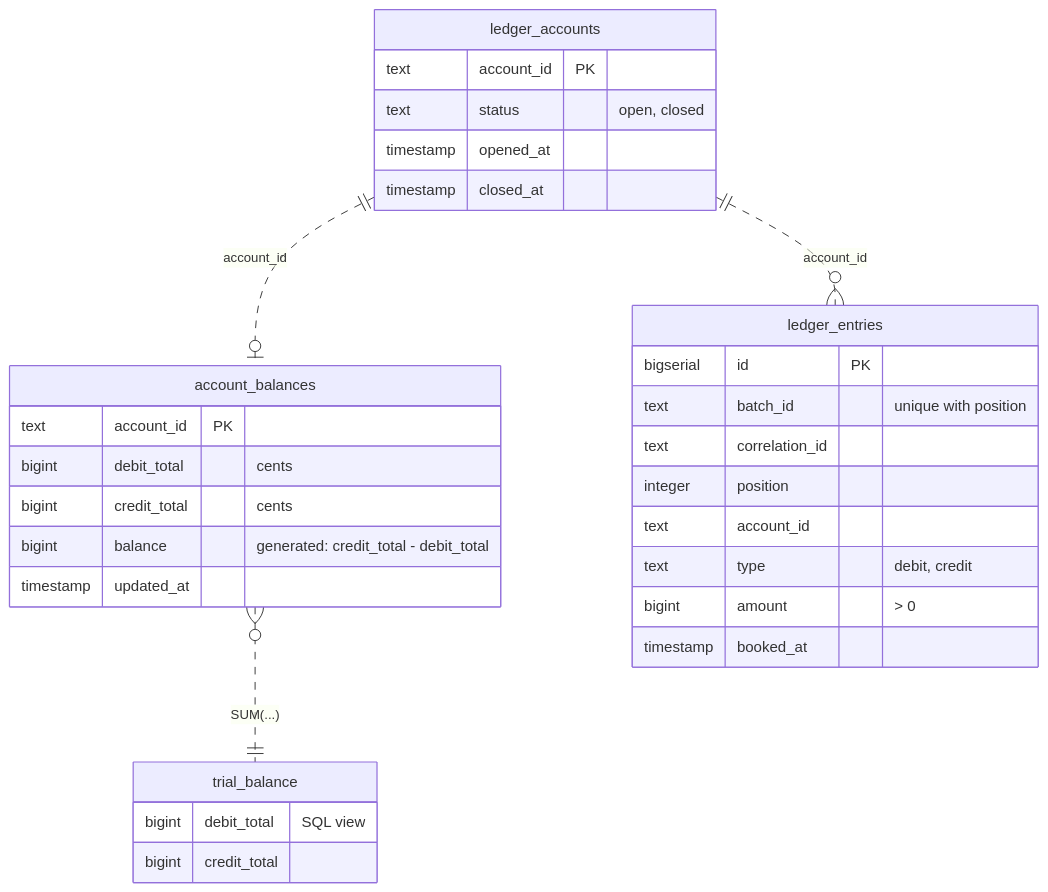
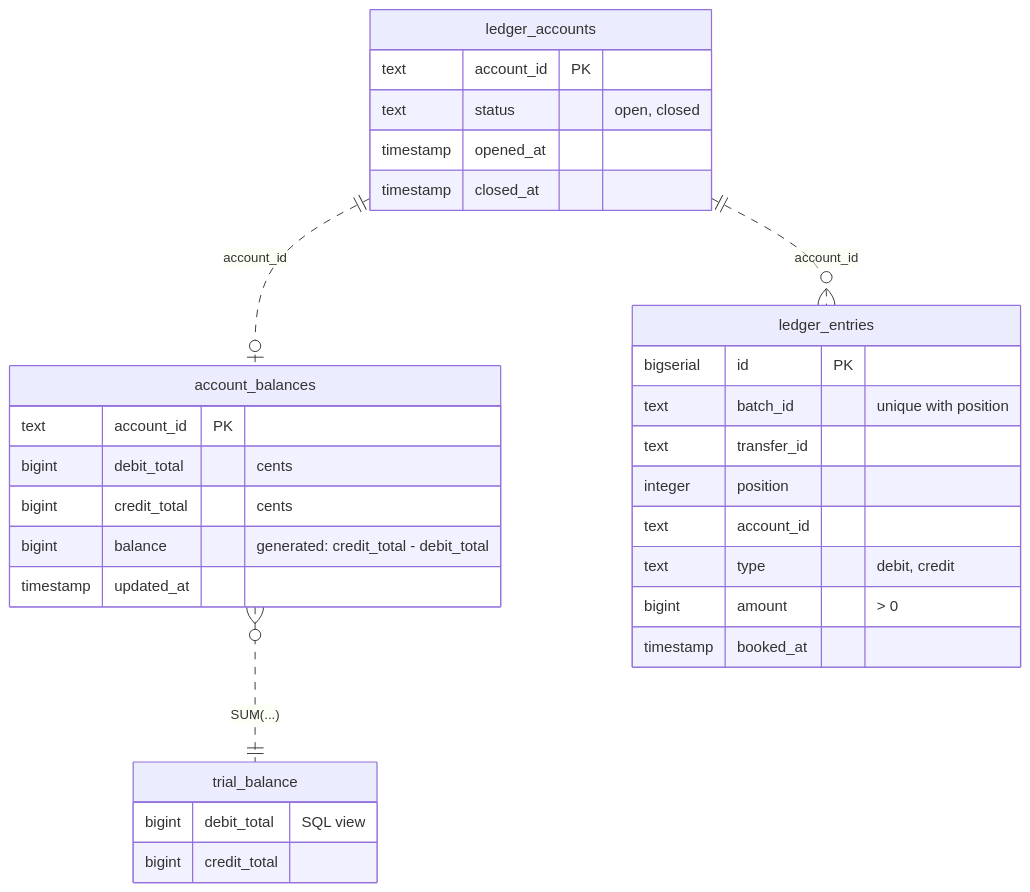
The fourth of 5 diagrams in apps/ledger/README.md (LuanDc/banking), drawn with Mermaid before and after one commit. The commit also changed other lines of this file and 24 other files, not shown here.

````diff
--- a/apps/ledger/README.md
+++ b/apps/ledger/README.md
@@ -247,34 +247,34 @@
 ```mermaid
 erDiagram
     ledger_accounts ||..o| account_balances : "account_id"
     ledger_accounts ||..o{ ledger_entries : "account_id"
     account_balances }o..|| trial_balance : "SUM(...)"
 
     ledger_accounts {
         text account_id PK
         text status "open, closed"
         timestamp opened_at
         timestamp closed_at
     }
     account_balances {
         text account_id PK
         bigint debit_total "cents"
         bigint credit_total "cents"
         bigint balance "generated: credit_total - debit_total"
         timestamp updated_at
     }
     ledger_entries {
         bigserial id PK
         text batch_id "unique with position"
-        text correlation_id
+        text transfer_id
         integer position
         text account_id
         text type "debit, credit"
         bigint amount "> 0"
         timestamp booked_at
     }
     trial_balance {
         bigint debit_total "SQL view"
         bigint credit_total
     }
 ```
````
